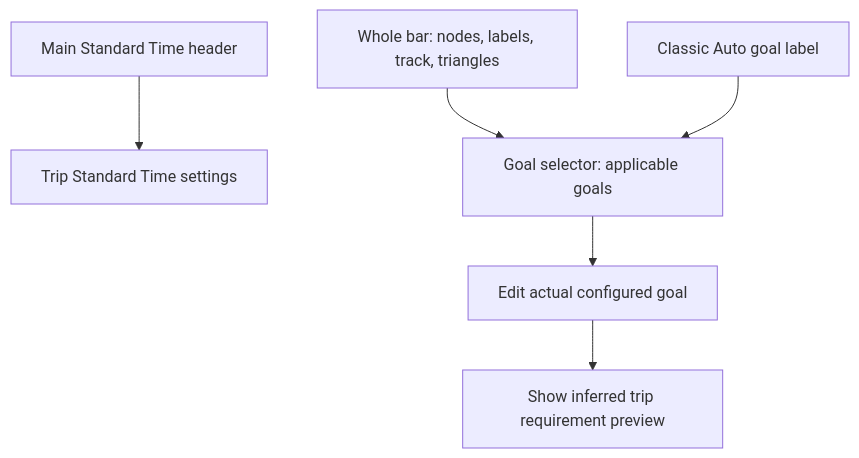
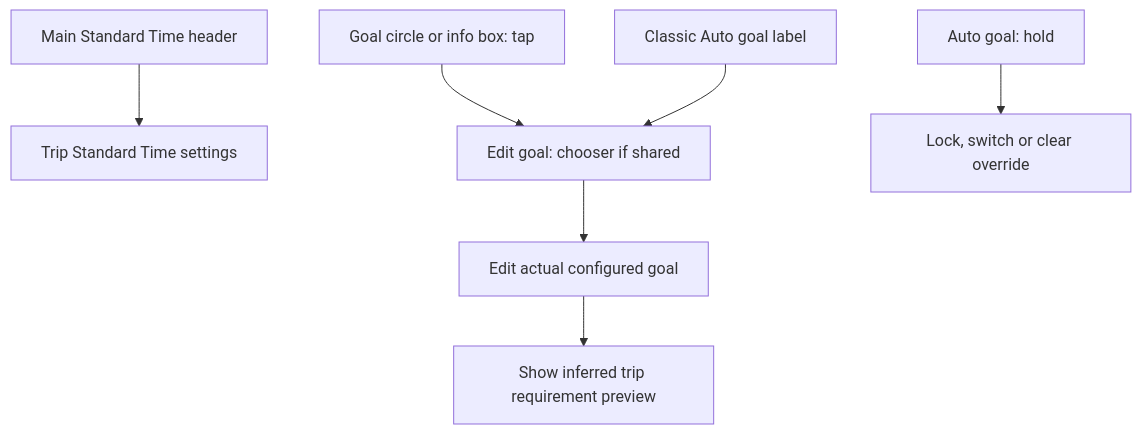
The diagram in docs/goal-bar.md (sashort/ClockTimer), drawn with Mermaid before and after one commit. The commit also changed other lines of this file and 16 other files, not shown here.

Commit message:
Fix Goal Bar hit regions, hold locks and shared Standard labels

````diff
--- a/docs/goal-bar.md
+++ b/docs/goal-bar.md
@@ -212,8 +216,9 @@
 ```mermaid
 flowchart TD
     H[Main Standard Time header] --> T[Trip Standard Time settings]
-    B[Whole bar: nodes, labels, track, triangles] --> C[Goal selector: applicable goals]
+    B[Goal circle or info box: tap] --> C[Edit goal: chooser if shared]
+    B2[Auto goal: hold] --> K[Lock, switch or clear override]
     L[Classic Auto goal label] --> C
     C --> P[Edit actual configured goal]
     P --> I[Show inferred trip requirement preview]
 ```
````
